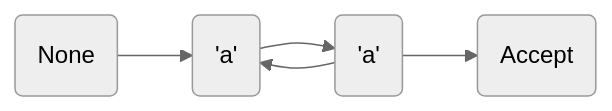
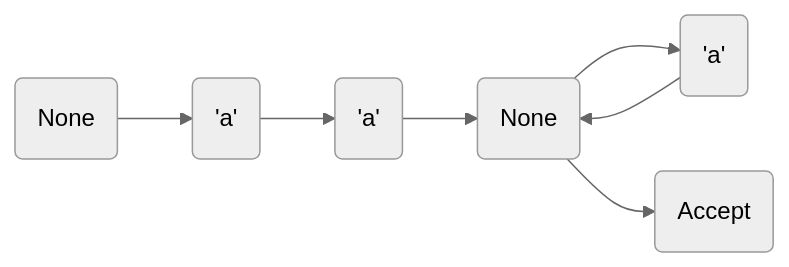
One commit to ellabellla/reginald changed the sixth of 9 diagrams in README.md. Above: the diagram before and after it, drawn with Mermaid (neutral theme).

Commit message:
+ typo fix

````diff
--- a/README.md
+++ b/README.md
@@ -127,11 +127,15 @@
 ```mermaid
 flowchart LR
     0(None)
     0-->1
     1('a')
     1-->2
     2('a')
-    2-->1
     2-->3
-    3(Accept)
+    3(None)
+    3-->4
+    3-->5
+    4('a')
+    4-->3
+    5(Accept)
 ```
````
